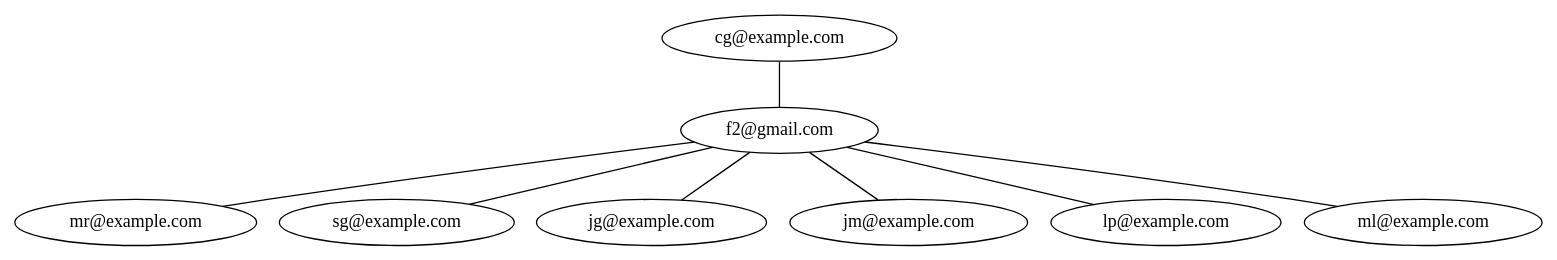
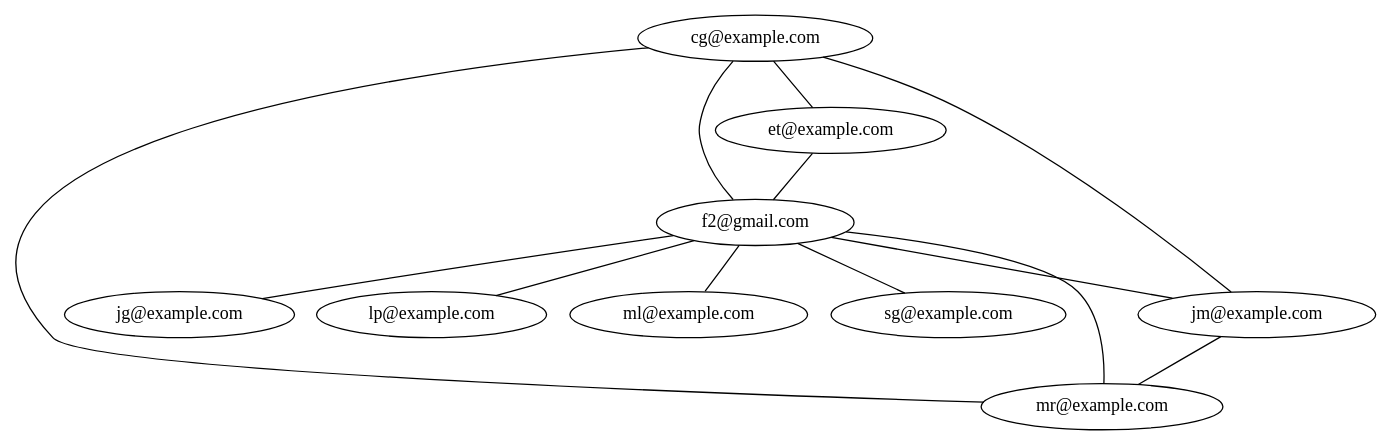
One commit to Kevin-alvarez1/PROYECTO_MULTIFASES_RED_SOCIAL changed the diagram in Fase3/main/build/Desktop_Qt_6_7_2_MinGW_64_bit-Debug/grafo.dot. Above: the diagram before and after it, drawn with Graphviz. The commit also changed 353 other files, not shown here.

```diff
--- a/Fase3/main/build/Desktop_Qt_6_7_2_MinGW_64_bit-Debug/grafo.dot
+++ b/Fase3/main/build/Desktop_Qt_6_7_2_MinGW_64_bit-Debug/grafo.dot
@@ -1,9 +1,23 @@
-graph G {
-    "f2@gmail.com" -- "mr@example.com";
-    "f2@gmail.com" -- "sg@example.com";
-    "f2@gmail.com" -- "jg@example.com";
-    "f2@gmail.com" -- "jm@example.com";
-    "f2@gmail.com" -- "lp@example.com";
-    "f2@gmail.com" -- "ml@example.com";
-    "cg@example.com" -- "f2@gmail.com";
+digraph G {
+"f2@gmail.com"[label="f2@gmail.com"];
+"f2@gmail.com" -> "mr@example.com"[dir=none];
+"f2@gmail.com" -> "sg@example.com"[dir=none];
+"f2@gmail.com" -> "jg@example.com"[dir=none];
+"f2@gmail.com" -> "jm@example.com"[dir=none];
+"f2@gmail.com" -> "lp@example.com"[dir=none];
+"f2@gmail.com" -> "ml@example.com"[dir=none];
+"mr@example.com"[label="mr@example.com"];
+"sg@example.com"[label="sg@example.com"];
+"jg@example.com"[label="jg@example.com"];
+"jm@example.com"[label="jm@example.com"];
+"jm@example.com" -> "mr@example.com"[dir=none];
+"cg@example.com"[label="cg@example.com"];
+"cg@example.com" -> "f2@gmail.com"[dir=none];
+"cg@example.com" -> "et@example.com"[dir=none];
+"cg@example.com" -> "mr@example.com"[dir=none];
+"cg@example.com" -> "jm@example.com"[dir=none];
+"lp@example.com"[label="lp@example.com"];
+"ml@example.com"[label="ml@example.com"];
+"et@example.com"[label="et@example.com"];
+"et@example.com" -> "f2@gmail.com"[dir=none];
 }
```
